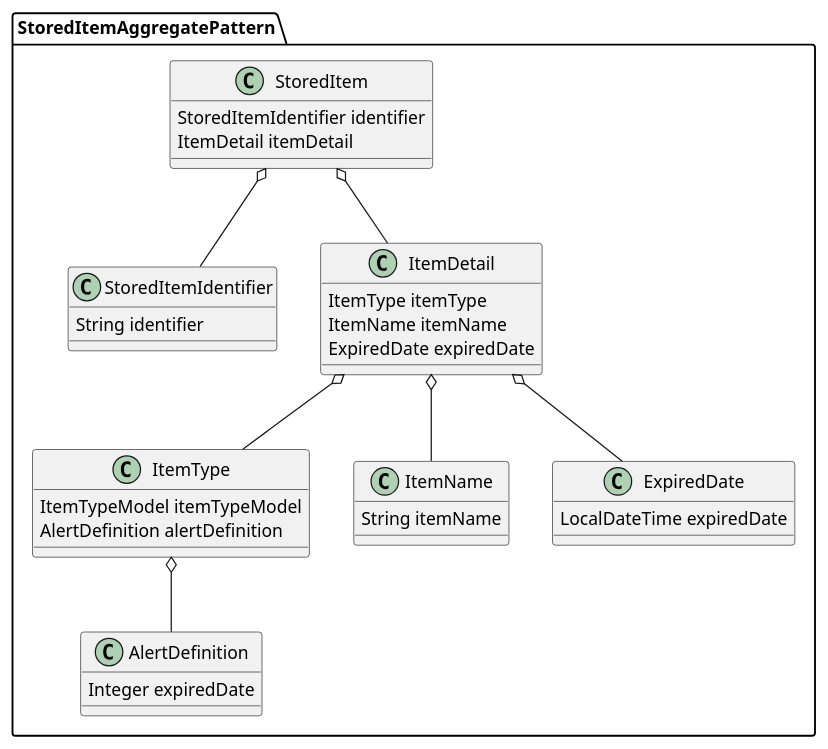
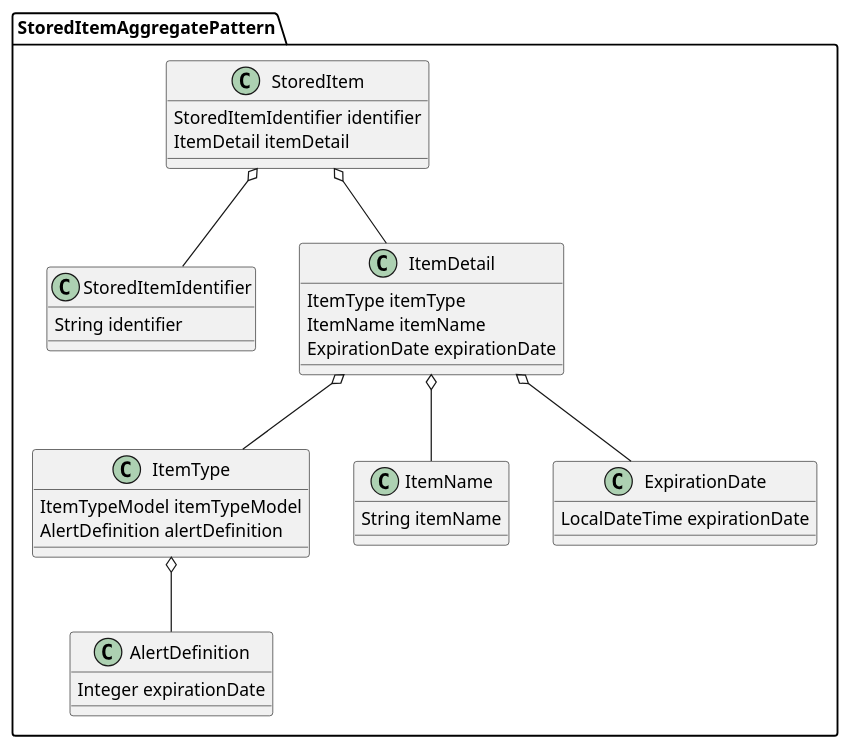
One commit to zoeque/limitchecker-spring-boot changed the diagram in doc/diagram/item_model.puml. Above: the diagram before and after it, drawn with PlantUML. The commit also changed 3 other files, not shown here.

```diff
--- a/doc/diagram/item_model.puml
+++ b/doc/diagram/item_model.puml
@@ -1,36 +1,36 @@
 @startuml
 package StoredItemAggregatePattern {
   class StoredItem{
     StoredItemIdentifier identifier
     ItemDetail itemDetail
   }
   class StoredItemIdentifier {
     String identifier
   }
   class ItemDetail {
     ItemType itemType
     ItemName itemName
-    ExpiredDate expiredDate
+    ExpirationDate expirationDate
   }
 
   class ItemType {
     ItemTypeModel itemTypeModel
     AlertDefinition alertDefinition
   }
   class AlertDefinition {
-    Integer expiredDate
+    Integer expirationDate
   }
   class ItemName {
     String itemName
   }
-  class ExpiredDate {
-    LocalDateTime expiredDate
+  class ExpirationDate {
+    LocalDateTime expirationDate
   }
 }
 StoredItem o-- StoredItemIdentifier
 StoredItem o-- ItemDetail
 ItemDetail o-- ItemName
 ItemDetail o-- ItemType
-ItemDetail o-- ExpiredDate
+ItemDetail o-- ExpirationDate
 ItemType o-- AlertDefinition
 @enduml
```
